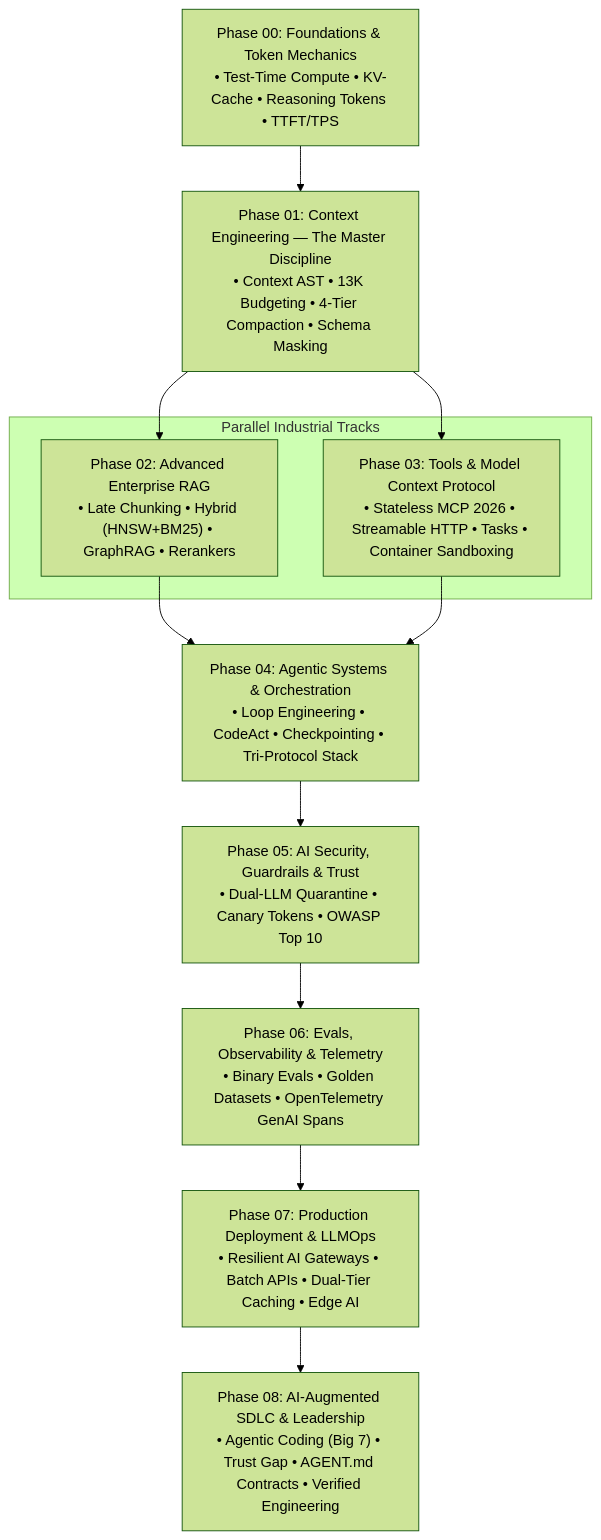
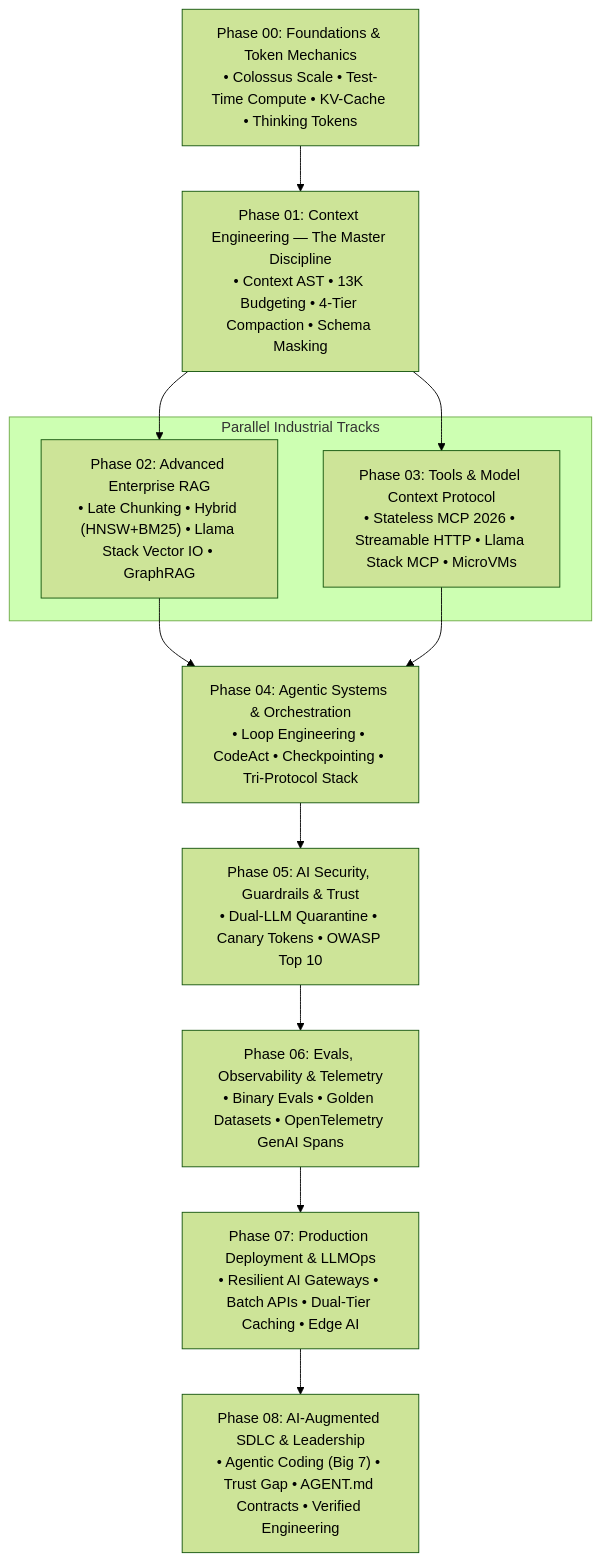
Before and after one commit to dip4k/senior-engineer-to-ai-engineer-roadmap: the second of 4 diagrams in README.md, drawn with Mermaid (forest theme). The commit also changed other lines of this file and 8 other files, not shown here.

Commit message:
feat(curriculum): integrate xAI Grok-3 and Meta Llama Stack across curriculum, phases 1-3, and resource maps

````diff
--- a/README.md
+++ b/README.md
@@ -99,20 +99,20 @@
 ```mermaid
 flowchart TD
-    S0["Phase 00: Foundations & Token Mechanics<br>• Test-Time Compute • KV-Cache • Reasoning Tokens • TTFT/TPS"] --> S1
+    S0["Phase 00: Foundations & Token Mechanics<br>• Colossus Scale • Test-Time Compute • KV-Cache • Thinking Tokens"] --> S1
     S1["Phase 01: Context Engineering — The Master Discipline<br>• Context AST • 13K Budgeting • 4-Tier Compaction • Schema Masking"] --> S2
     S1 --> S3
     
     subgraph CoreTracks["Parallel Industrial Tracks"]
-        S2["Phase 02: Advanced Enterprise RAG<br>• Late Chunking • Hybrid (HNSW+BM25) • GraphRAG • Rerankers"]
-        S3["Phase 03: Tools & Model Context Protocol<br>• Stateless MCP 2026 • Streamable HTTP • Tasks • Container Sandboxing"]
+        S2["Phase 02: Advanced Enterprise RAG<br>• Late Chunking • Hybrid (HNSW+BM25) • Llama Stack Vector IO • GraphRAG"]
+        S3["Phase 03: Tools & Model Context Protocol<br>• Stateless MCP 2026 • Streamable HTTP • Llama Stack MCP • MicroVMs"]
     end
     
     S2 --> S4
     S3 --> S4
     
     S4["Phase 04: Agentic Systems & Orchestration<br>• Loop Engineering • CodeAct • Checkpointing • Tri-Protocol Stack"] --> S5
     S5["Phase 05: AI Security, Guardrails & Trust<br>• Dual-LLM Quarantine • Canary Tokens • OWASP Top 10"] --> S6
     S6["Phase 06: Evals, Observability & Telemetry<br>• Binary Evals • Golden Datasets • OpenTelemetry GenAI Spans"] --> S7
     S7["Phase 07: Production Deployment & LLMOps<br>• Resilient AI Gateways • Batch APIs • Dual-Tier Caching • Edge AI"] --> S8
     S8["Phase 08: AI-Augmented SDLC & Leadership<br>• Agentic Coding (Big 7) • Trust Gap • AGENT.md Contracts • Verified Engineering"]
 ```
````
